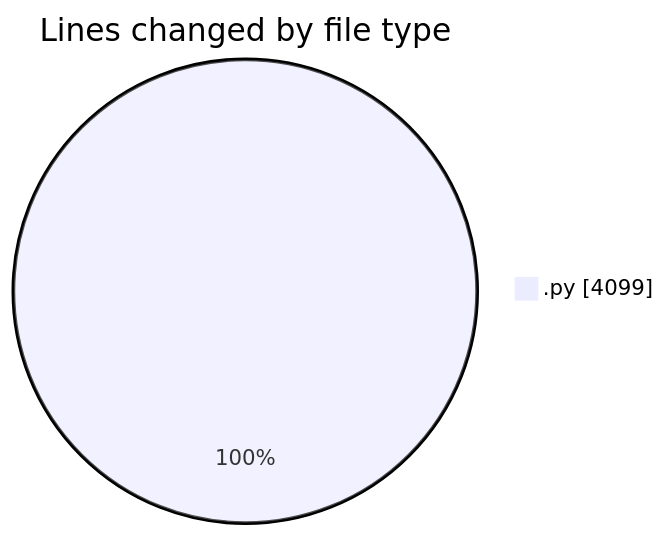
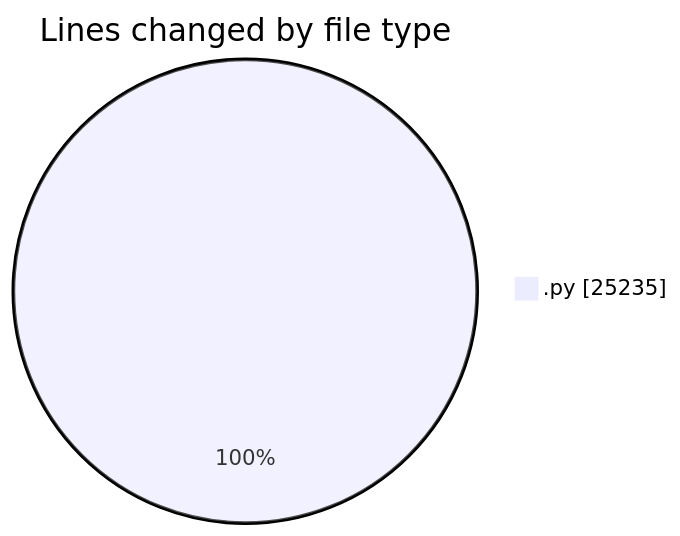
The first of 2 diagrams in 2025-11-14/eventscop-api-guide__workspace_/README.md (julien-gomy/code-tracking), drawn with Mermaid before and after one commit. The commit also changed other lines of this file and 1 other file, not shown here.

````diff
--- a/2025-11-14/eventscop-api-guide__workspace_/README.md
+++ b/2025-11-14/eventscop-api-guide__workspace_/README.md
@@ -25,5 +25,5 @@
 ```mermaid
 pie showData
 title Lines changed by file type
-".py" : 4099
+".py" : 25235
 ```
````
